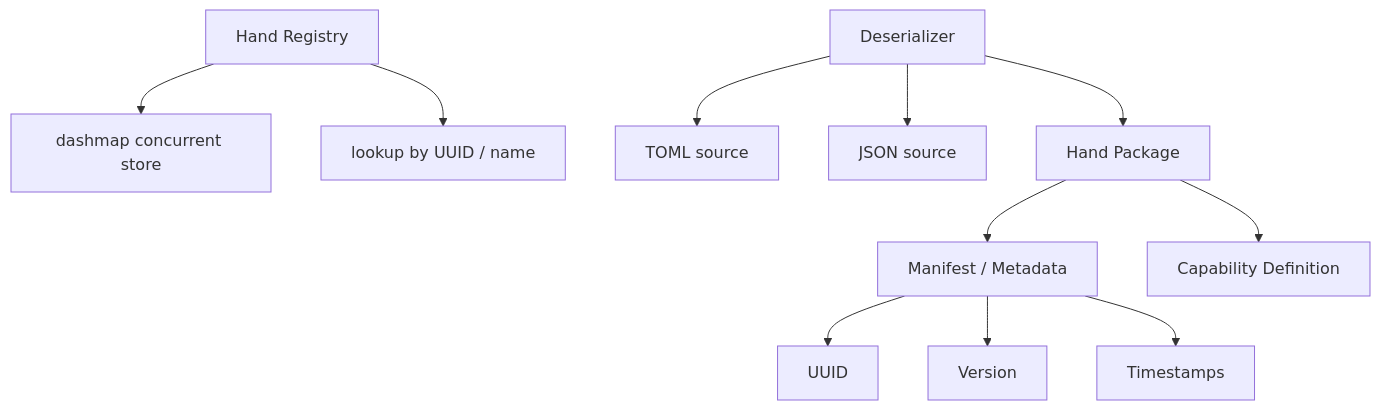
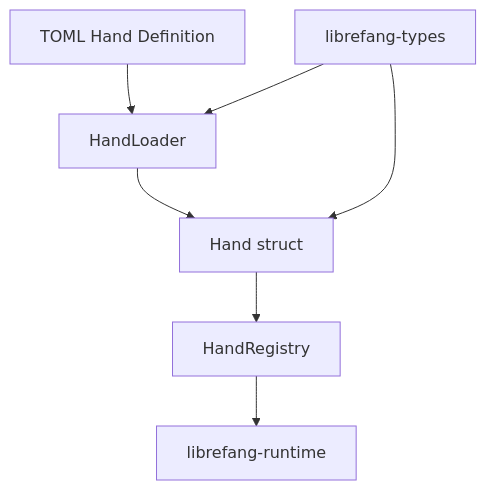
The diagram in other-librefang-hands.md (leszek3737/librefang-WIki), drawn with Mermaid before and after one commit. The commit also changed other lines of this file and 128 other files, not shown here.

````diff
--- a/other-librefang-hands.md
+++ b/other-librefang-hands.md
@@ -15,13 +15,9 @@
 ```mermaid
 graph TD
-    A[Hand Package] --> B[Manifest / Metadata]
-    A --> C[Capability Definition]
-    B --> D[UUID]
-    B --> E[Version]
-    B --> F[Timestamps]
-    G[Hand Registry] --> H[dashmap concurrent store]
-    G --> I[lookup by UUID / name]
-    J[Deserializer] --> K[TOML source]
-    J --> L[JSON source]
-    J --> A
+    A[TOML Hand Definition] --> B[HandLoader]
+    B --> C[Hand struct]
+    C --> D[HandRegistry]
+    D --> E[librefang-runtime]
+    F[librefang-types] --> B
+    F --> C
 ```
````
